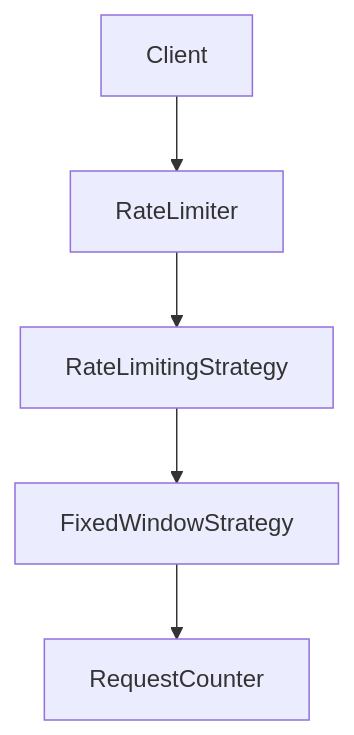
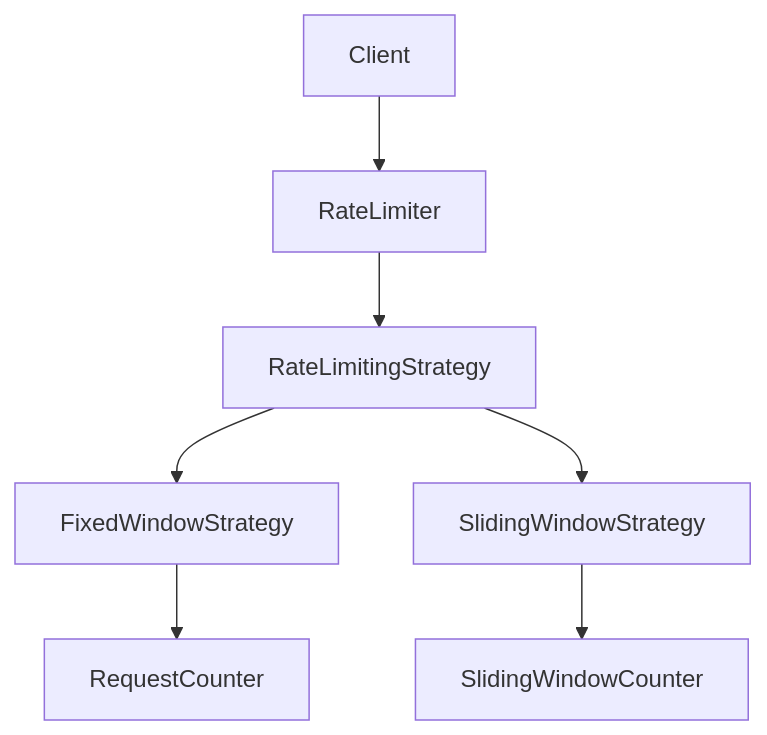
Before and after one commit to vishal2develop/LLDMastery: the diagram in Readme.md, drawn with Mermaid. The commit also changed other lines of this file and 3 other files, not shown here.

Commit message:
RateLimiter(Phase 2) - Add sliding window strategy for rate limiting with implementation, configuration updates, and tests

````diff
--- a/Readme.md
+++ b/Readme.md
@@ -163,11 +309,14 @@
 ```mermaid
 flowchart TD
 
     Client --> RateLimiter
 
     RateLimiter --> RateLimitingStrategy
 
     RateLimitingStrategy --> FixedWindowStrategy
+    RateLimitingStrategy --> SlidingWindowStrategy
 
     FixedWindowStrategy --> RequestCounter
+
+    SlidingWindowStrategy --> SlidingWindowCounter
 ```
````
